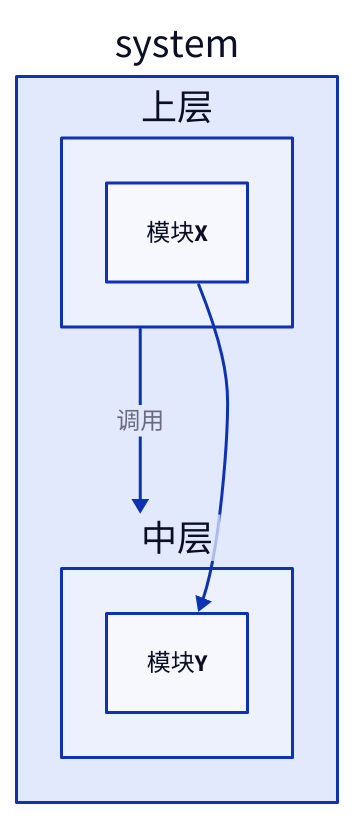
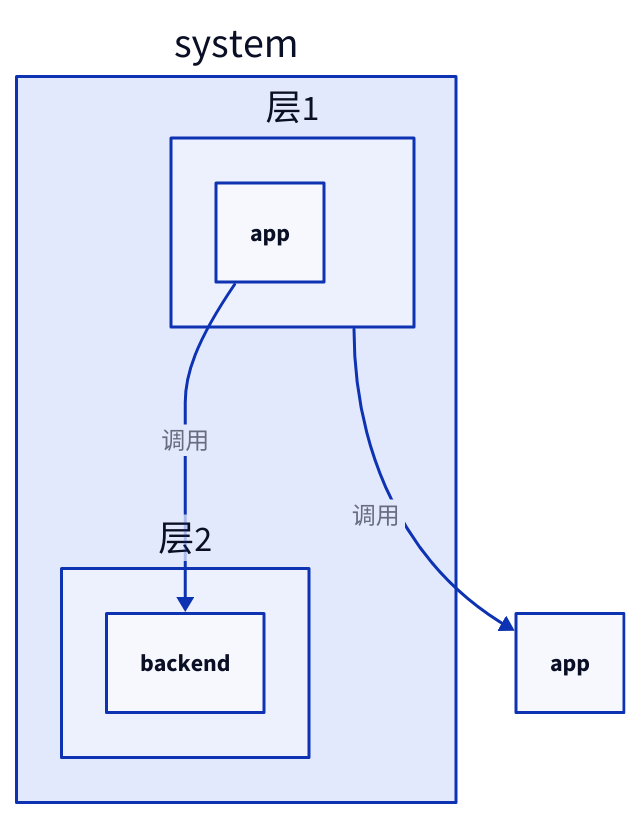
The sixth of 6 diagrams in skills/d2/SKILL.md (syllr/skills), drawn with D2 before and after one commit. The commit also changed other lines of this file, not shown here.

First line of the commit message:
refactor: 完全重写 d2 skill 为架构图专用（从 682 行精简到 542 行）

````diff
--- a/skills/d2/SKILL.md
+++ b/skills/d2/SKILL.md
@@ -605,4 +436,7 @@
 ```d2
-system.上层 -> system.中层: "调用"    # ✅ 容器级：表达"这一整层调用中层"（须完整路径，见 R3）
-system.上层.模块X -> system.中层.模块Y  # ❌ 模块级：层间关系图里太细节
+# ❌ 错：会创建顶层 `app` 重复节点
+system.层1 -> app: "调用"
+
+# ✅ 对：用完整路径
+system.层1.app -> system.层2.backend: "调用"
 ```
````
